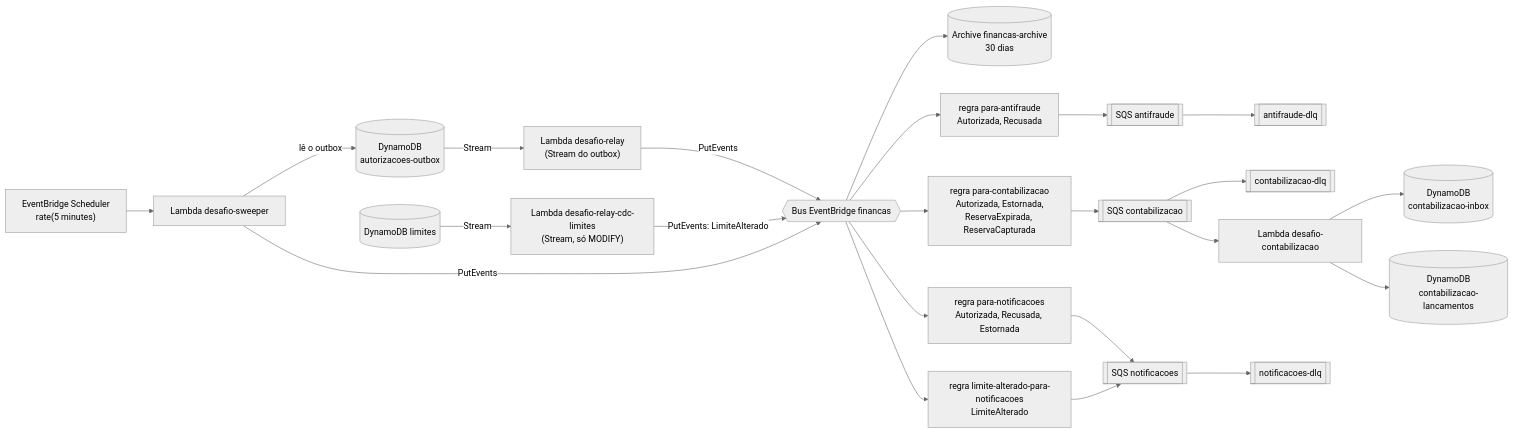
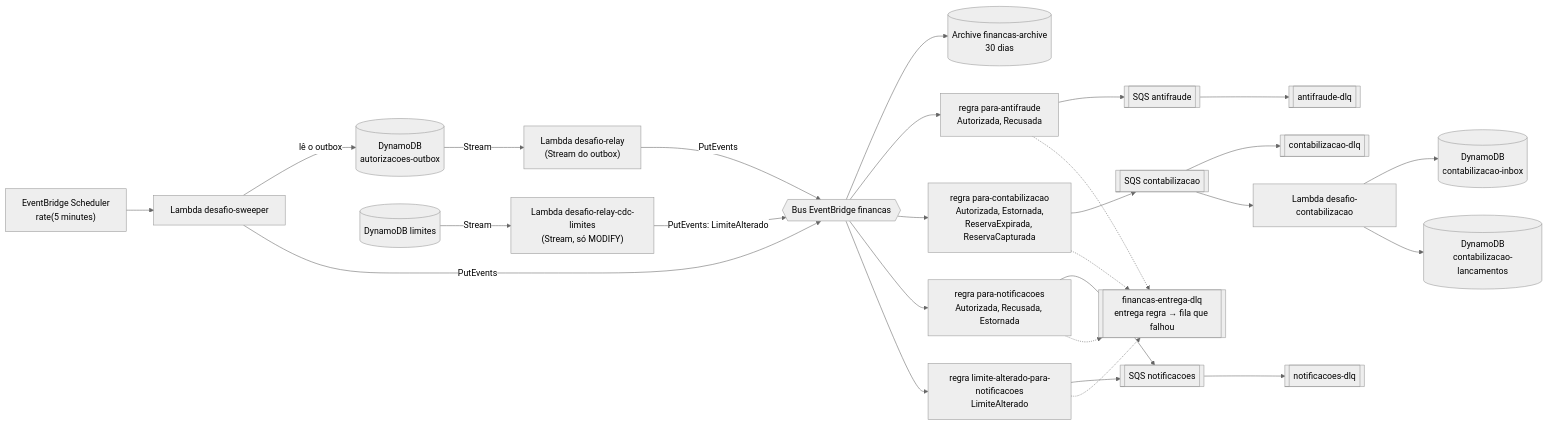
Before and after one commit to giovanedms/desafio-zup: the diagram in docs/arquitetura/diagramas/04-fluxo-de-eventos.mmd, drawn with Mermaid (neutral theme). The commit also changed 19 other files, not shown here.

First line of the commit message:
Integração do painel 5: pendências entre frentes, matriz de cobertura e diagramas

```diff
--- a/docs/arquitetura/diagramas/04-fluxo-de-eventos.mmd
+++ b/docs/arquitetura/diagramas/04-fluxo-de-eventos.mmd
@@ -1,42 +1,47 @@
 flowchart LR
   OUT[("DynamoDB<br/>autorizacoes-outbox")]
   RELAY["Lambda desafio-relay<br/>(Stream do outbox)"]
   SWEEP["Lambda desafio-sweeper"]
   SCHED["EventBridge Scheduler<br/>rate(5 minutes)"]
   LIM[("DynamoDB limites")]
   CDC["Lambda desafio-relay-cdc-limites<br/>(Stream, só MODIFY)"]
   BUS{{"Bus EventBridge financas"}}
   ARC[("Archive financas-archive<br/>30 dias")]
 
   OUT -- Stream --> RELAY
   SCHED --> SWEEP
   SWEEP -- "lê o outbox" --> OUT
   RELAY -- PutEvents --> BUS
   SWEEP -- PutEvents --> BUS
   LIM -- Stream --> CDC
   CDC -- "PutEvents: LimiteAlterado" --> BUS
   BUS --> ARC
 
   R1["regra para-antifraude<br/>Autorizada, Recusada"]
   R2["regra para-contabilizacao<br/>Autorizada, Estornada,<br/>ReservaExpirada, ReservaCapturada"]
   R3["regra para-notificacoes<br/>Autorizada, Recusada, Estornada"]
   R4["regra limite-alterado-para-notificacoes<br/>LimiteAlterado"]
   BUS --> R1
   BUS --> R2
   BUS --> R3
   BUS --> R4
 
   Q1[[SQS antifraude]] --> D1[[antifraude-dlq]]
   Q2[[SQS contabilizacao]] --> D2[[contabilizacao-dlq]]
   Q3[[SQS notificacoes]] --> D3[[notificacoes-dlq]]
   R1 --> Q1
   R2 --> Q2
   R3 --> Q3
   R4 --> Q3
+  DLQE[[financas-entrega-dlq<br/>entrega regra → fila que falhou]]
+  R1 -.-> DLQE
+  R2 -.-> DLQE
+  R3 -.-> DLQE
+  R4 -.-> DLQE
 
   CTB["Lambda desafio-contabilizacao"]
   INB[("DynamoDB<br/>contabilizacao-inbox")]
   LAN[("DynamoDB<br/>contabilizacao-lancamentos")]
   Q2 --> CTB
   CTB --> INB
   CTB --> LAN
```
